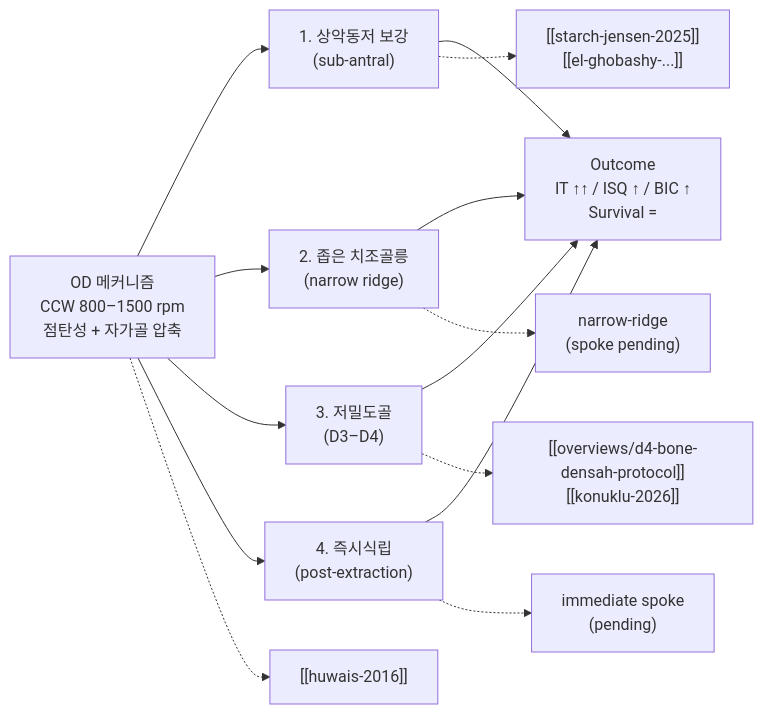
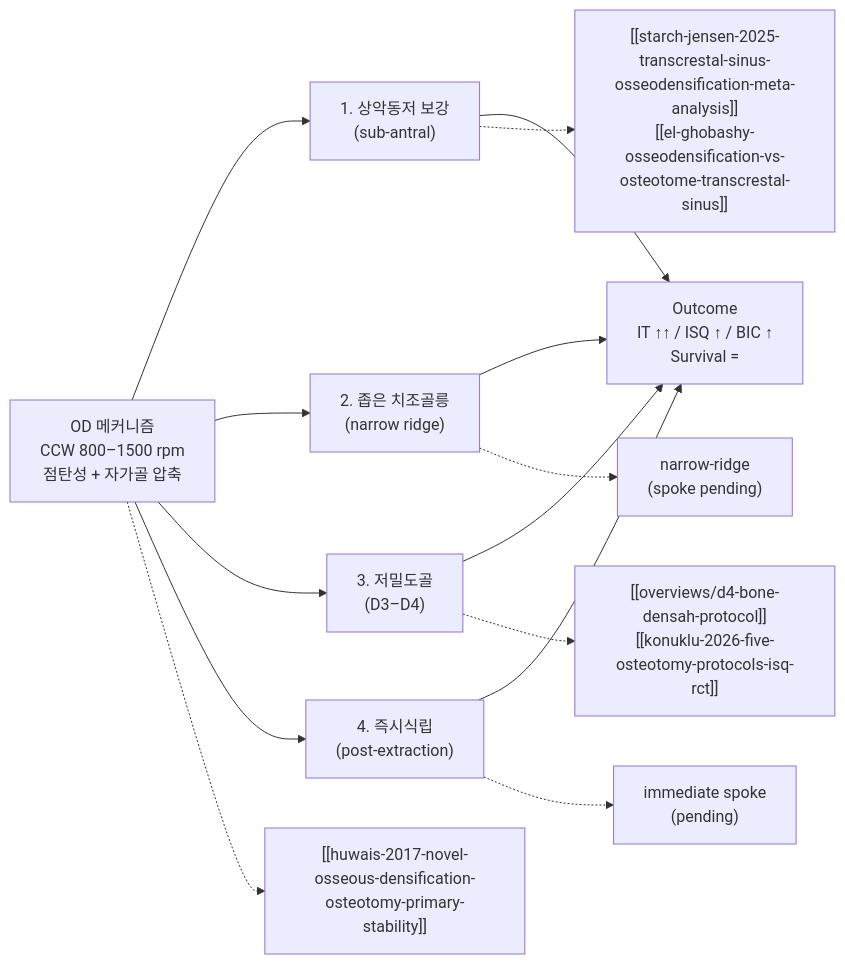
One commit to ezinternet/dentopedia changed the diagram in wiki/overviews/osseodensification-clinical-applications.md. Above: the diagram before and after it, drawn with Mermaid. The commit also changed other lines of this file and 53 other files, not shown here.

````diff
--- a/wiki/overviews/osseodensification-clinical-applications.md
+++ b/wiki/overviews/osseodensification-clinical-applications.md
@@ -74,17 +74,17 @@
 ```mermaid
 graph LR
     M["OD 메커니즘<br/>CCW 800–1500 rpm<br/>점탄성 + 자가골 압축"]
     M --> S1["1. 상악동저 보강<br/>(sub-antral)"]
     M --> S2["2. 좁은 치조골릉<br/>(narrow ridge)"]
     M --> S3["3. 저밀도골<br/>(D3–D4)"]
     M --> S4["4. 즉시식립<br/>(post-extraction)"]
     S1 --> O["Outcome<br/>IT ↑↑ / ISQ ↑ / BIC ↑<br/>Survival ="]
     S2 --> O
     S3 --> O
     S4 --> O
-    M -.-> Mech["[[huwais-2016]]"]
-    S1 -.-> P1["[[starch-jensen-2025]]<br/>[[el-ghobashy-...]]"]
+    M -.-> Mech["[[huwais-2017-novel-osseous-densification-osteotomy-primary-stability]]"]
+    S1 -.-> P1["[[starch-jensen-2025-transcrestal-sinus-osseodensification-meta-analysis]]<br/>[[el-ghobashy-osseodensification-vs-osteotome-transcrestal-sinus]]"]
     S2 -.-> P2["narrow-ridge<br/>(spoke pending)"]
-    S3 -.-> P3["[[overviews/d4-bone-densah-protocol]]<br/>[[konuklu-2026]]"]
+    S3 -.-> P3["[[overviews/d4-bone-densah-protocol]]<br/>[[konuklu-2026-five-osteotomy-protocols-isq-rct]]"]
     S4 -.-> P4["immediate spoke<br/>(pending)"]
 ```
````
